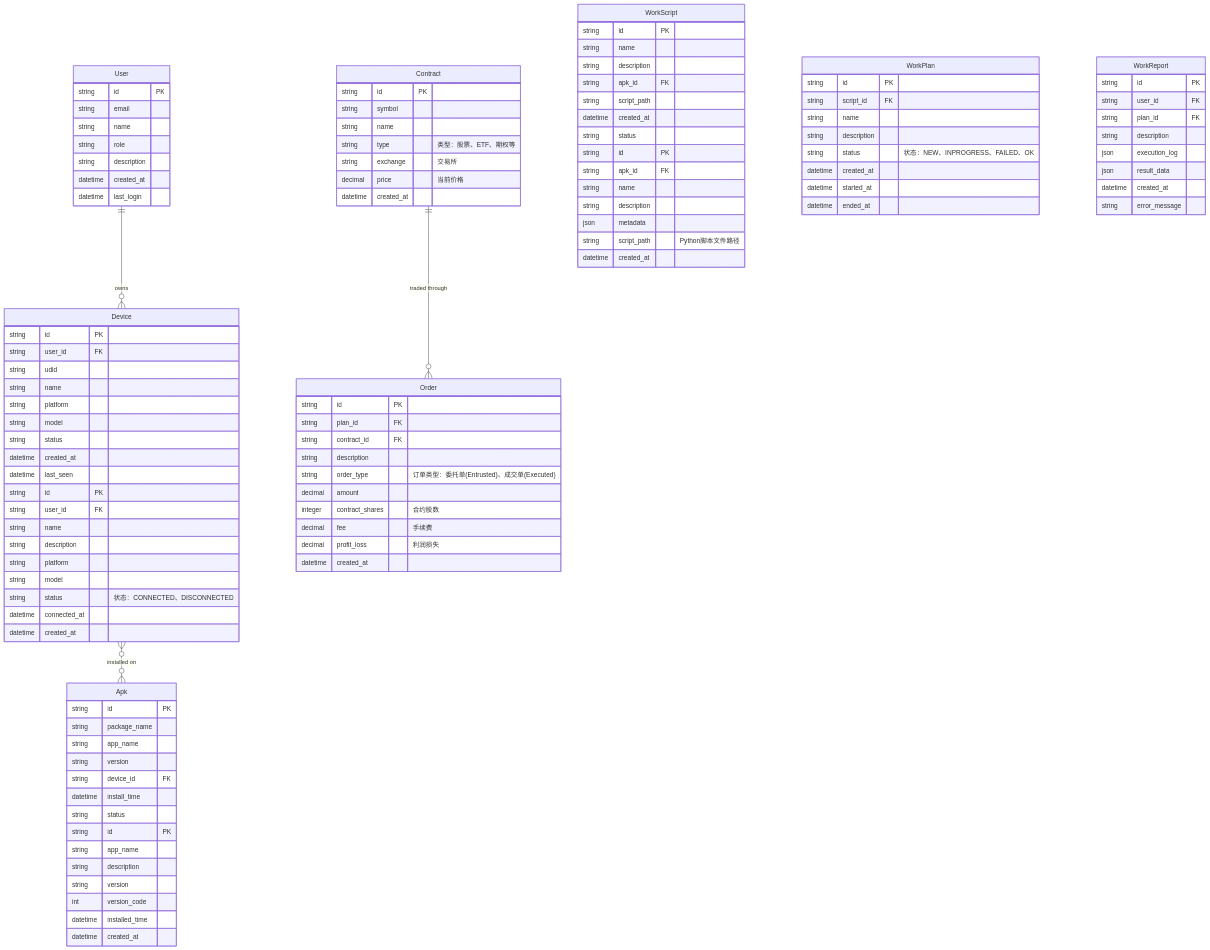
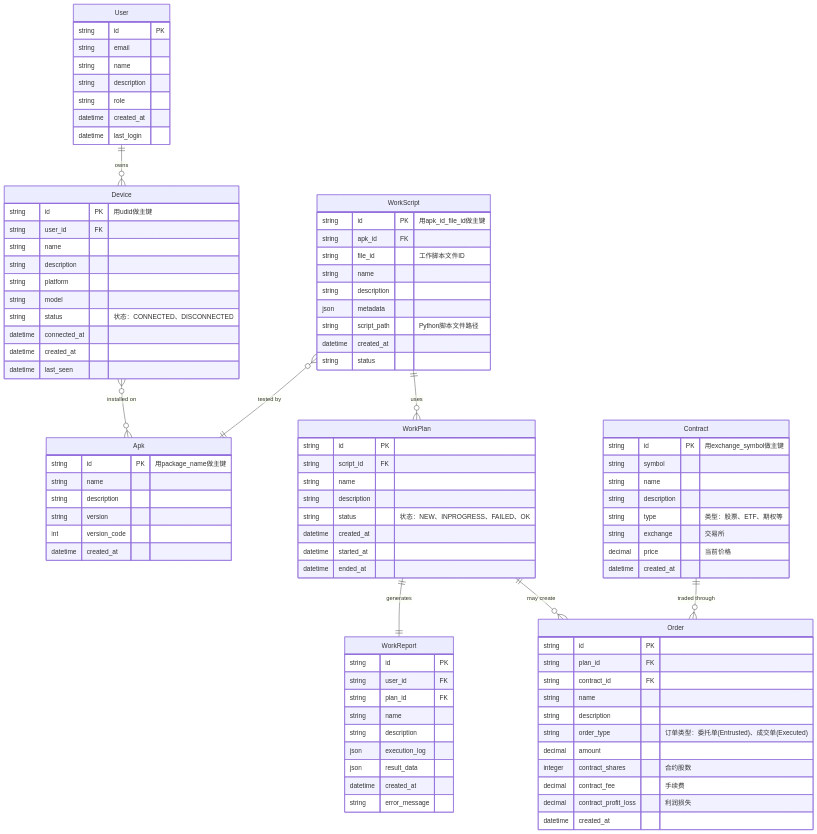
The diagram in autodroid-container/DESIGN.md (terminail/autodroid), drawn with Mermaid before and after one commit.

Commit message:
Update DESIGN.md: Clean up entity relationships and remove redundant fields

````diff
--- a/autodroid-container/DESIGN.md
+++ b/autodroid-container/DESIGN.md
@@ -179,53 +179,24 @@
 erDiagram
     User ||--o{ Device : owns
     Device }o--o{ Apk : "installed on"
-
+    WorkScript o{--|| Apk : "tested by"
+    WorkScript ||--o{ WorkPlan : "uses"
+    WorkPlan ||--|| WorkReport : generates
+    WorkPlan ||--o{ Order : "may create"
     Contract ||--o{ Order : "traded through"
     
     User {
         string id PK
         string email
         string name
+        string description
         string role
-        string description
         datetime created_at
         datetime last_login
     }
     
     Device {
-        string id PK
-        string user_id FK
-        string udid
-        string name
-        string platform
-        string model
-        string status
-        datetime created_at
-        datetime last_seen
-    }
-    
-    Apk {
-        string id PK
-        string package_name
-        string app_name
-        string version
-        string device_id FK
-        datetime install_time
-        string status
-    }
-    
-    WorkScript {
-        string id PK
-        string name
-        string description
-        string apk_id FK
-        string script_path
-        datetime created_at
-        string status
-    }
-    
-    Device {
-        string id PK
+        string id PK "用udid做主键"
         string user_id FK
         string name
         string description
@@ -234,26 +205,28 @@
         string status  "状态：CONNECTED、DISCONNECTED"
         datetime connected_at
         datetime created_at
+        datetime last_seen
     }
     
     Apk {
-        string id PK
-        string app_name
+        string id PK "用package_name做主键"
+        string name
         string description
         string version
         int version_code
-        datetime installed_time
         datetime created_at
     }
     
     WorkScript {
-        string id PK
+        string id PK "用apk_id_file_id做主键"
         string apk_id FK
+        string file_id "工作脚本文件ID"
         string name
         string description
         json metadata
         string script_path  "Python脚本文件路径"
         datetime created_at
+        string status
     }
     
     WorkPlan {
@@ -271,6 +244,7 @@
         string id PK
         string user_id FK
         string plan_id FK
+        string name
         string description
         json execution_log
         json result_data
@@ -279,9 +253,10 @@
     }
     
     Contract {
-        string id PK
+        string id PK "用exchange_symbol做主键"
         string symbol
-        string name
+        string name        
+        string description
         string type  "类型：股票、ETF、期权等"
         string exchange  "交易所"
         decimal price  "当前价格"
@@ -292,12 +267,13 @@
         string id PK
         string plan_id FK
         string contract_id FK
+        string name        
         string description
         string order_type  "订单类型：委托单(Entrusted)、成交单(Executed)"
         decimal amount
         integer contract_shares  "合约股数"
-        decimal fee  "手续费"
-        decimal profit_loss  "利润损失"
+        decimal contract_fee  "手续费"
+        decimal contract_profit_loss  "利润损失"
         datetime created_at
     }
 ```
````
